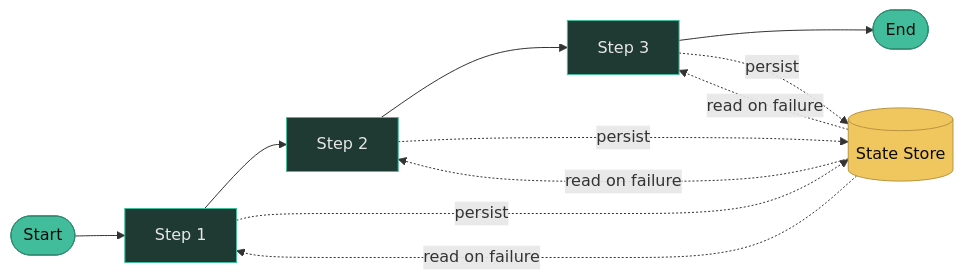
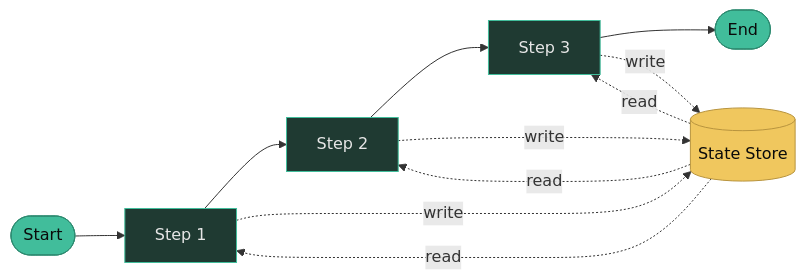
The diagram in .demo/slides/03-durable-execution/03-01-durable-execution.md (diagrid-labs/dapr-reliable-agentic-systems), drawn with Mermaid before and after one commit.

Commit message:
Update mermaid

````diff
--- a/.demo/slides/03-durable-execution/03-01-durable-execution.md
+++ b/.demo/slides/03-durable-execution/03-01-durable-execution.md
@@ -20,20 +20,20 @@
 ```mermaid
 graph LR
     Start([Start]) --> A1[Step 1]
     A1 --> A2[Step 2]
     A2 --> A3[Step 3]
     A3 --> End([End])
-    A1 -.->|persist| DB[(State Store)]
-    A2 -.->|persist| DB
-    A3 -.->|persist| DB
-    DB -.->|read on failure| A1
-    DB -.->|read on failure| A2
-    DB -.->|read on failure| A3
+    A1 -.->|write| DB[(State Store)]
+    A2 -.->|write| DB
+    A3 -.->|write| DB
+    DB -.->|read| A1
+    DB -.->|read| A2
+    DB -.->|read| A3
 
     style Start fill:#41BD9B,stroke:#2d8a70,color:#0a0a0a
     style End fill:#41BD9B,stroke:#2d8a70,color:#0a0a0a
     style A1 fill:#1f3a32,stroke:#41BD9B,color:#e6e6e6
     style A2 fill:#1f3a32,stroke:#41BD9B,color:#e6e6e6
     style A3 fill:#1f3a32,stroke:#41BD9B,color:#e6e6e6
     style DB fill:#F0C75E,stroke:#b8943f,color:#0a0a0a
 ```
````
